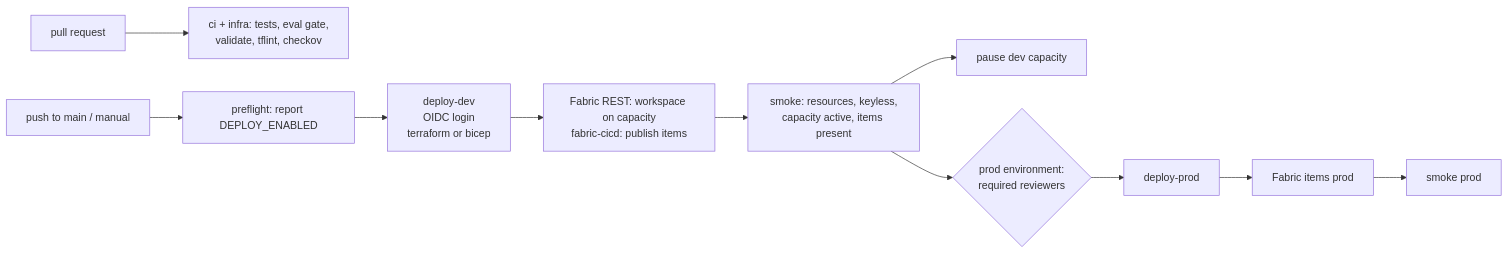
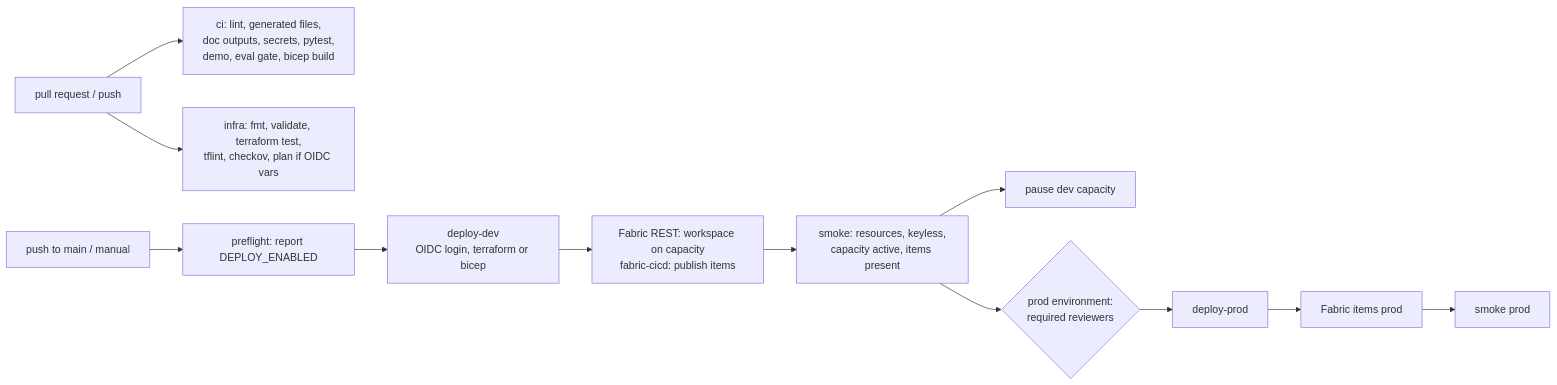
Before and after one commit to jagadishmazure-jpg/Jagadish-fabric-enterprise-bi: the diagram in docs/deployment.md, drawn with Mermaid. The commit also changed other lines of this file and 2 other files, not shown here.

Commit message:
docs(ci): complete deployment and workflow guide; doc outputs check in CI

````diff
--- a/docs/deployment.md
+++ b/docs/deployment.md
@@ -37,11 +15,12 @@
 ```mermaid
 flowchart LR
-    PR[pull request] --> V[ci + infra: tests, eval gate,<br/>validate, tflint, checkov]
+    PR[pull request / push] --> CI[ci: lint, generated files,<br/>doc outputs, secrets, pytest,<br/>demo, eval gate, bicep build]
+    PR --> INF[infra: fmt, validate, terraform test,<br/>tflint, checkov, plan if OIDC vars]
     M[push to main / manual] --> PF[preflight: report DEPLOY_ENABLED]
-    PF --> D1[deploy-dev<br/>OIDC login<br/>terraform or bicep]
+    PF --> D1[deploy-dev<br/>OIDC login, terraform or bicep]
     D1 --> F1[Fabric REST: workspace on capacity<br/>fabric-cicd: publish items]
     F1 --> S1[smoke: resources, keyless,<br/>capacity active, items present]
     S1 --> P1[pause dev capacity]
     S1 --> A{prod environment:<br/>required reviewers}
     A --> D2[deploy-prod] --> F2[Fabric items prod] --> S2[smoke prod]
 ```
````
